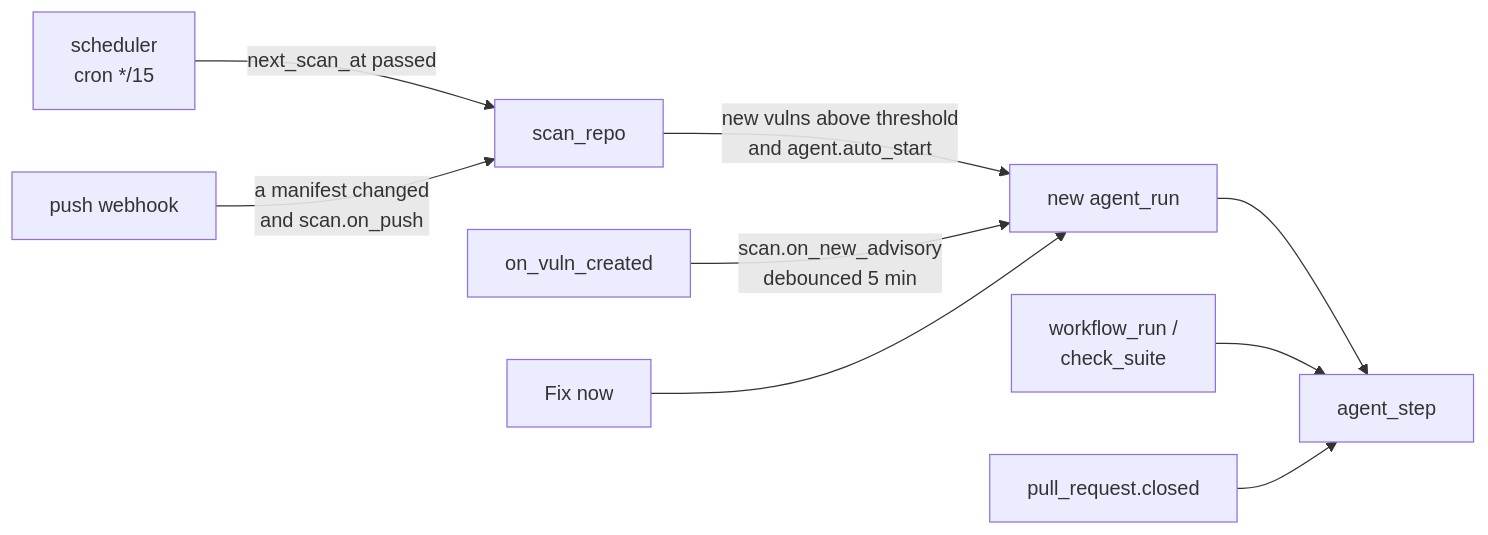
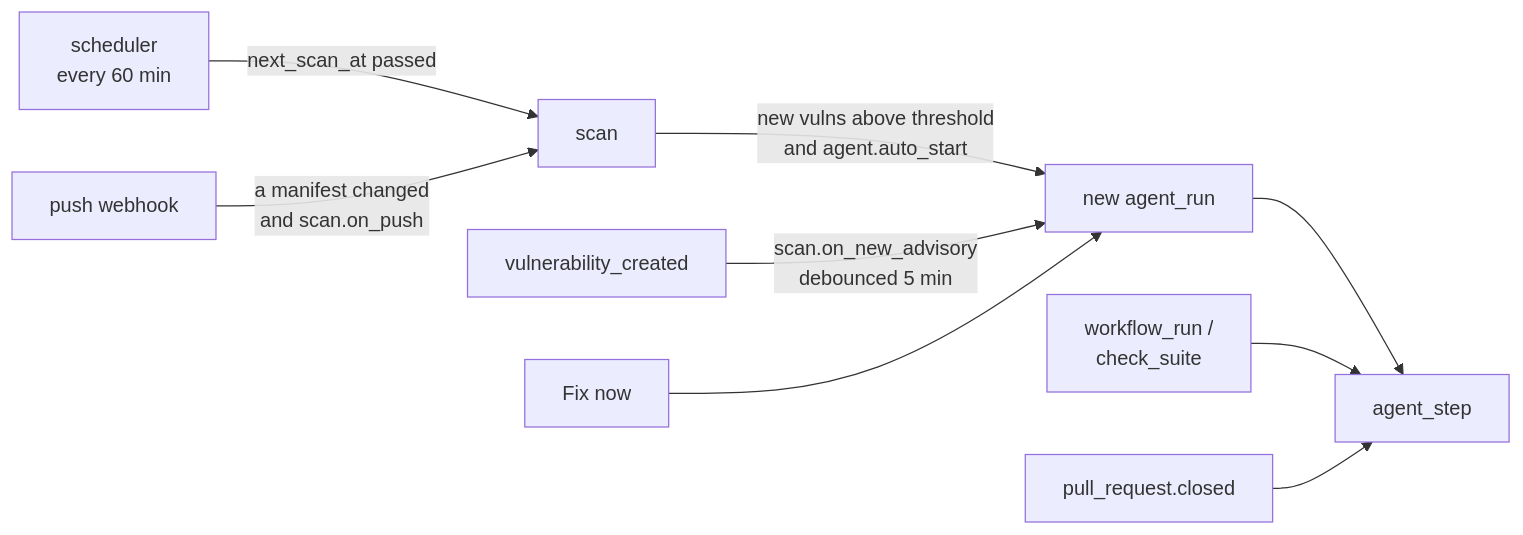
One commit to PranavViswanathan/Hydra changed the second of 3 diagrams in docs/agent.md. Above: the diagram before and after it, drawn with Mermaid. The commit also changed other lines of this file and 36 other files, not shown here.

````diff
--- a/docs/agent.md
+++ b/docs/agent.md
@@ -164,11 +164,11 @@
 ```mermaid
 flowchart LR
-    CRON["scheduler<br/>cron */15"] -->|next_scan_at passed| SCAN["scan_repo"]
+    CRON["scheduler<br/>every 60 min"] -->|next_scan_at passed| SCAN["scan"]
     PUSH["push webhook"] -->|a manifest changed<br/>and scan.on_push| SCAN
     SCAN -->|new vulns above threshold<br/>and agent.auto_start| RUN["new agent_run"]
-    ADV["on_vuln_created"] -->|scan.on_new_advisory<br/>debounced 5 min| RUN
+    ADV["vulnerability_created"] -->|scan.on_new_advisory<br/>debounced 5 min| RUN
     FIX["Fix now"] --> RUN
     RUN --> STEP["agent_step"]
     CI["workflow_run /<br/>check_suite"] --> STEP
     PRC["pull_request.closed"] --> STEP
 ```
````
